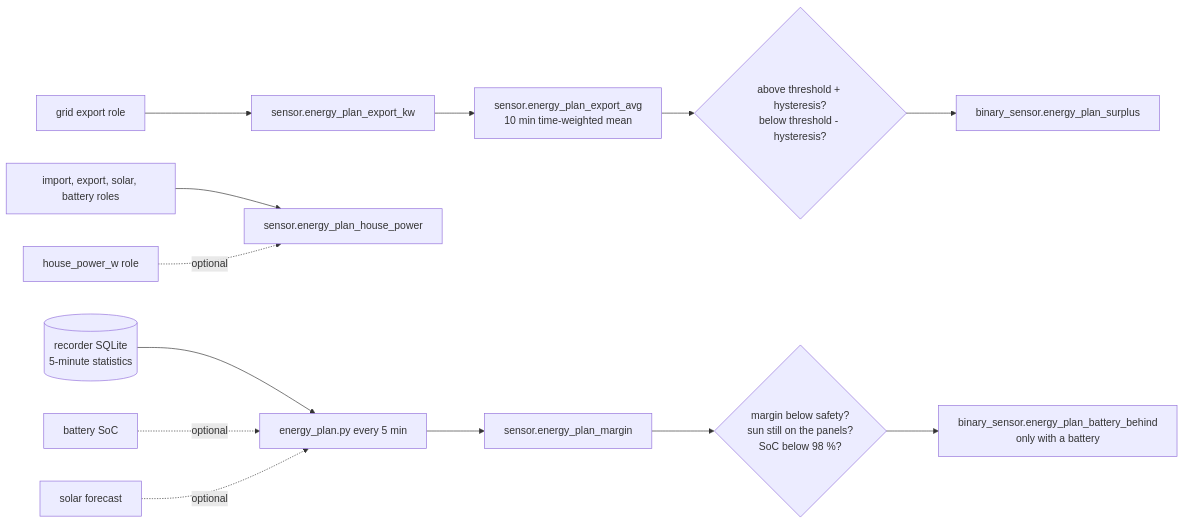
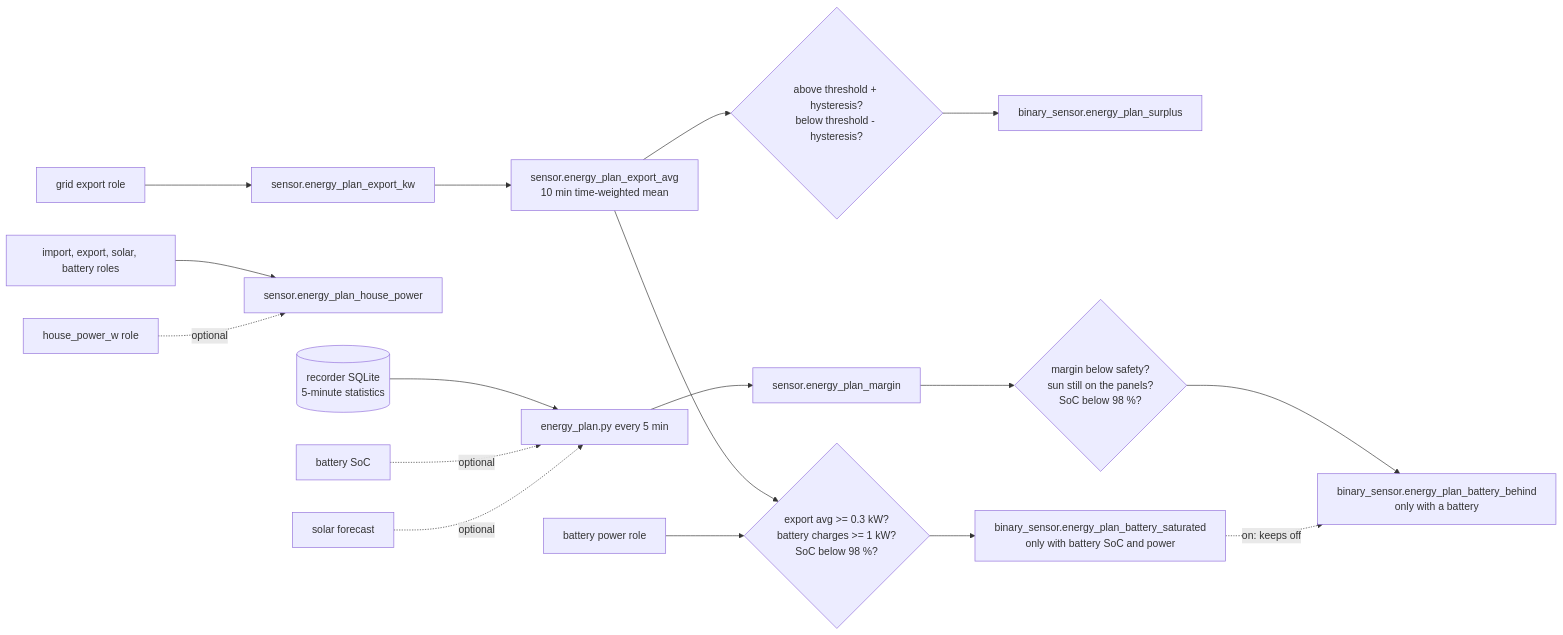
Before and after one commit to smwlms/ha-kit: the diagram in modules/energy-plan/LOGIC.md, drawn with Mermaid. The commit also changed other lines of this file and 20 other files, not shown here.

First line of the commit message:
feat(energy-plan): battery saturated and a too pessimistic forecast (#7)

````diff
--- a/modules/energy-plan/LOGIC.md
+++ b/modules/energy-plan/LOGIC.md
@@ -9,15 +9,19 @@
 ```mermaid
 flowchart LR
   EXP[grid export role] --> EKW[sensor.energy_plan_export_kw]
   EKW --> AVG[sensor.energy_plan_export_avg<br/>10 min time-weighted mean]
   AVG --> SUR{above threshold + hysteresis?<br/>below threshold - hysteresis?}
   SUR --> BS[binary_sensor.energy_plan_surplus]
   IMP[import, export, solar, battery roles] --> HP[sensor.energy_plan_house_power]
   HR[house_power_w role] -.optional.-> HP
   REC[(recorder SQLite<br/>5-minute statistics)] --> PY[energy_plan.py every 5 min]
   SOC[battery SoC] -.optional.-> PY
   FC[solar forecast] -.optional.-> PY
   PY --> M[sensor.energy_plan_margin]
   M --> BB{margin below safety?<br/>sun still on the panels?<br/>SoC below 98 %?}
   BB --> BEH[binary_sensor.energy_plan_battery_behind<br/>only with a battery]
+  AVG --> BSAT{export avg >= 0.3 kW?<br/>battery charges >= 1 kW?<br/>SoC below 98 %?}
+  BP[battery power role] --> BSAT
+  BSAT --> SAT[binary_sensor.energy_plan_battery_saturated<br/>only with battery SoC and power]
+  SAT -.on: keeps off.-> BEH
 ```
````
